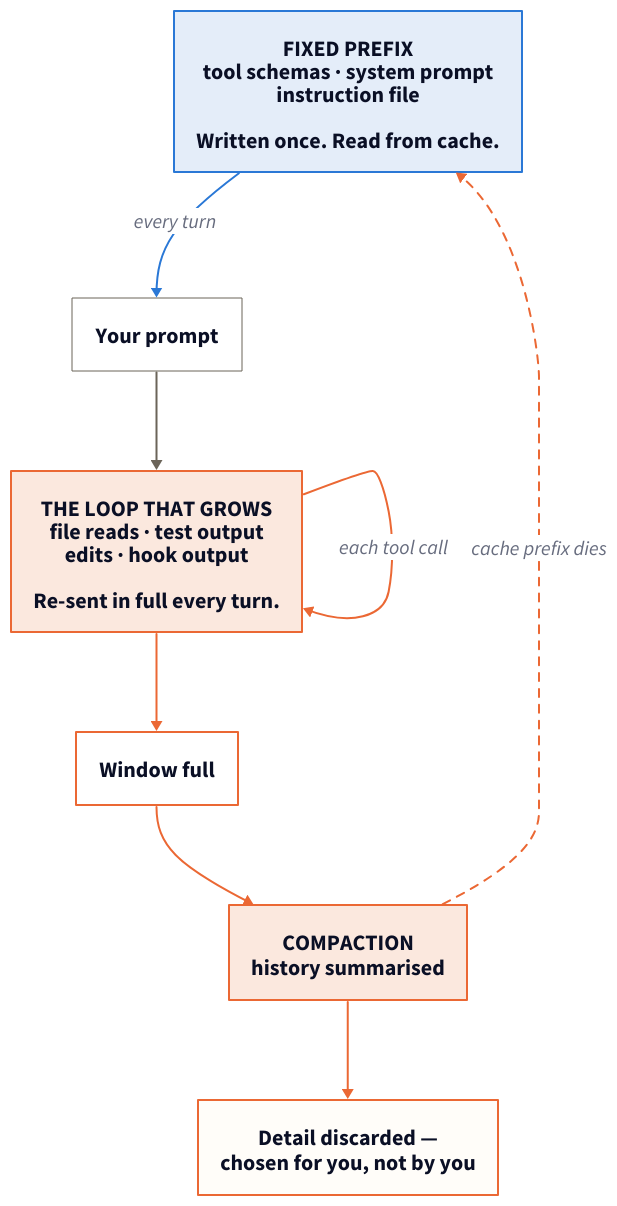
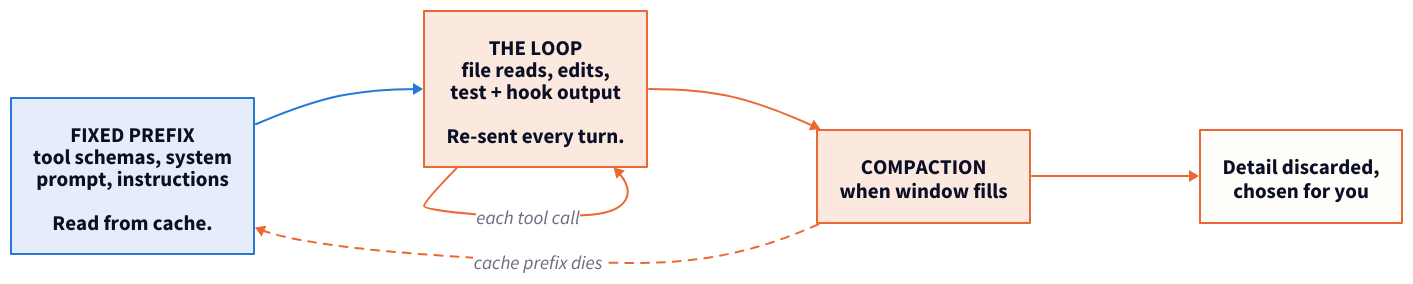
The diagram in content/articles/context-engineering-for-coding-agents.md (ong6/junxiong-notes), drawn with D2 before and after one commit. The commit also changed 42 other files, not shown here.

First line of the commit message:
Size figures properly: break out of the text column, fix diagram proportions

````diff
--- a/content/articles/context-engineering-for-coding-agents.md
+++ b/content/articles/context-engineering-for-coding-agents.md
@@ -126,37 +126,27 @@
-```d2 The blue block is written once and read from cache on every turn. The orange loop grows underneath it until compaction fires, which throws away detail you did not choose and takes the cached prefix with it.
-direction: down
+```d2 The blue block is written once and read from cache on every turn. The orange loop grows with every tool call until compaction fires, which throws away detail you did not choose and takes the cached prefix with it.
+direction: right
 
-prefix: FIXED PREFIX\ntool schemas · system prompt\ninstruction file\n\nWritten once. Read from cache. {
-  style: { fill: "#e4edf9"; stroke: "#2a78d6"; stroke-width: 2; font-size: 22 }
+prefix: FIXED PREFIX\ntool schemas, system\nprompt, instructions\n\nRead from cache. {
+  style: { fill: "#e4edf9"; stroke: "#2a78d6"; stroke-width: 2; font-size: 21 }
 }
 
-turn: Your prompt {
-  style: { stroke: "#6b6459"; fill: transparent; stroke-width: 1; font-size: 22 }
+grow: THE LOOP\nfile reads, edits,\ntest + hook output\n\nRe-sent every turn. {
+  style: { fill: "#fbe8de"; stroke: "#eb6834"; stroke-width: 2; font-size: 21 }
 }
 
-grow: THE LOOP THAT GROWS\nfile reads · test output\nedits · hook output\n\nRe-sent in full every turn. {
-  style: { fill: "#fbe8de"; stroke: "#eb6834"; stroke-width: 2; font-size: 22 }
+compact: COMPACTION\nwhen window fills {
+  style: { fill: "#fbe8de"; stroke: "#eb6834"; stroke-width: 2; font-size: 21 }
 }
 
-full: Window full {
-  style: { fill: transparent; stroke: "#eb6834"; stroke-width: 2; font-size: 22 }
+lost: Detail discarded,\nchosen for you {
+  style: { fill: "#fffdf9"; stroke: "#eb6834"; stroke-width: 2; font-size: 21 }
 }
 
-compact: COMPACTION\nhistory summarised {
-  style: { fill: "#fbe8de"; stroke: "#eb6834"; stroke-width: 2; font-size: 22 }
-}
-
-lost: Detail discarded —\nchosen for you, not by you {
-  style: { fill: "#fffdf9"; stroke: "#eb6834"; stroke-width: 2; font-size: 22 }
-}
-
-prefix -> turn: every turn { style: { stroke: "#2a78d6"; stroke-width: 2; font-size: 20 } }
-turn -> grow { style: { stroke: "#6b6459"; font-size: 20 } }
-grow -> grow: each tool call { style: { stroke: "#eb6834"; stroke-width: 2; font-size: 20 } }
-grow -> full { style: { stroke: "#eb6834"; stroke-width: 2; font-size: 20 } }
-full -> compact { style: { stroke: "#eb6834"; stroke-width: 2; font-size: 20 } }
-compact -> lost { style: { stroke: "#eb6834"; stroke-width: 2; font-size: 20 } }
+prefix -> grow { style: { stroke: "#2a78d6"; stroke-width: 2; font-size: 19 } }
+grow -> grow: each tool call { style: { stroke: "#eb6834"; stroke-width: 2; font-size: 19 } }
+grow -> compact { style: { stroke: "#eb6834"; stroke-width: 2; font-size: 19 } }
+compact -> lost { style: { stroke: "#eb6834"; stroke-width: 2; font-size: 19 } }
 compact -> prefix: cache prefix dies {
-  style: { stroke: "#eb6834"; stroke-width: 2; stroke-dash: 4; font-size: 20 }
+  style: { stroke: "#eb6834"; stroke-width: 2; stroke-dash: 4; font-size: 19 }
 }
 ```
````
